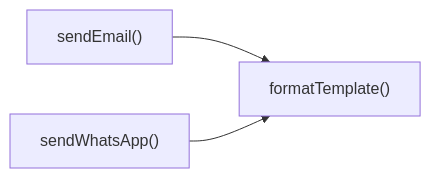
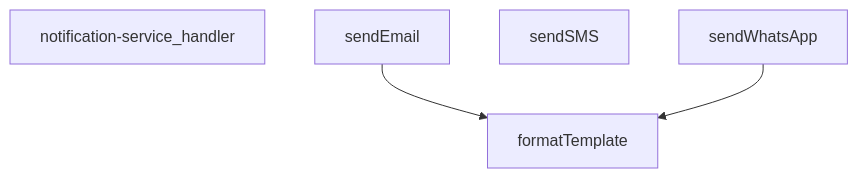
One commit to peckop/venthub-hvac-esite changed the diagram in supabase/functions/notification-service/index.md. Above: the diagram before and after it, drawn with Mermaid. The commit also changed other lines of this file and 488 other files, not shown here.

````diff
--- a/supabase/functions/notification-service/index.md
+++ b/supabase/functions/notification-service/index.md
@@ -237,5 +267,10 @@
 ```mermaid
-graph LR
-    sendEmail["sendEmail()"] --> formatTemplate["formatTemplate()"]
-    sendWhatsApp["sendWhatsApp()"] --> formatTemplate["formatTemplate()"]
+graph TD
+    index_ts__formatTemplate["formatTemplate"]
+    index_ts__notification-service_handler["notification-service_handler"]
+    index_ts__sendEmail["sendEmail"]
+    index_ts__sendSMS["sendSMS"]
+    index_ts__sendWhatsApp["sendWhatsApp"]
+    index_ts__sendEmail --> index_ts__formatTemplate
+    index_ts__sendWhatsApp --> index_ts__formatTemplate
 ```
````
